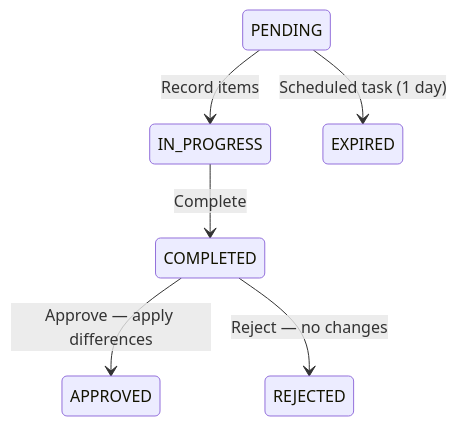
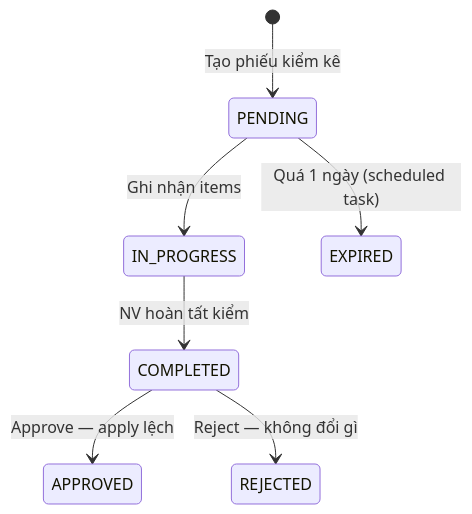
Before and after one commit to Java-Inventory-Management-System/Projects: the first of 2 diagrams in docs/flows/be/04-stock-check-flow.md, drawn with Mermaid. The commit also changed 7 other files, not shown here.

Commit message:
docs: reorganise BE state diagrams — add [*] start/end, fix warranty lifecycle, composite layout

````diff
--- a/docs/flows/be/04-stock-check-flow.md
+++ b/docs/flows/be/04-stock-check-flow.md
@@ -39,8 +39,9 @@
 ```mermaid
 stateDiagram-v2
-    PENDING --> IN_PROGRESS : Record items
-    IN_PROGRESS --> COMPLETED : Complete
-    COMPLETED --> APPROVED : Approve — apply differences
-    COMPLETED --> REJECTED : Reject — no changes
-    PENDING --> EXPIRED : Scheduled task (1 day)
+    [*] --> PENDING : Tạo phiếu kiểm kê
+    PENDING --> IN_PROGRESS : Ghi nhận items
+    PENDING --> EXPIRED : Quá 1 ngày (scheduled task)
+    IN_PROGRESS --> COMPLETED : NV hoàn tất kiểm
+    COMPLETED --> APPROVED : Approve — apply lệch
+    COMPLETED --> REJECTED : Reject — không đổi gì
 ```
````
